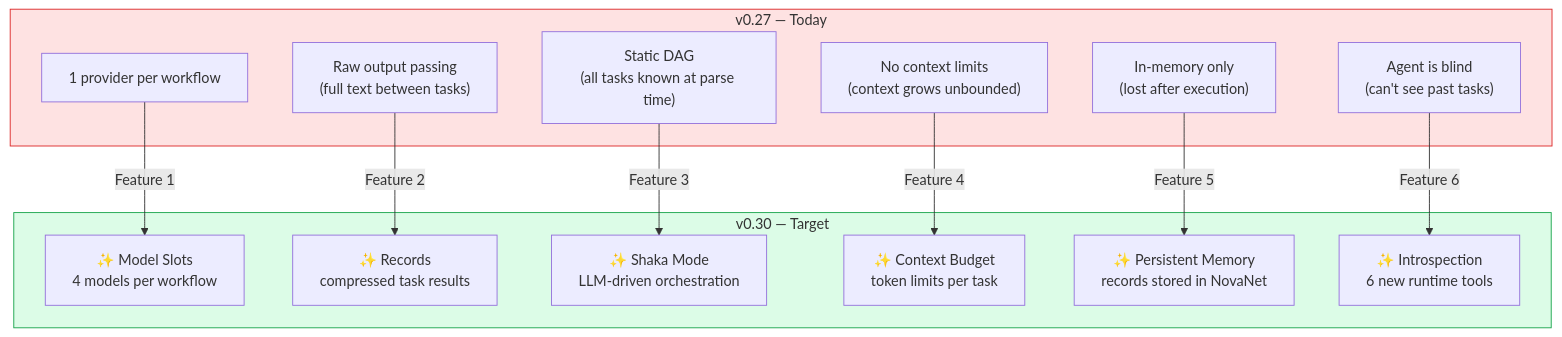
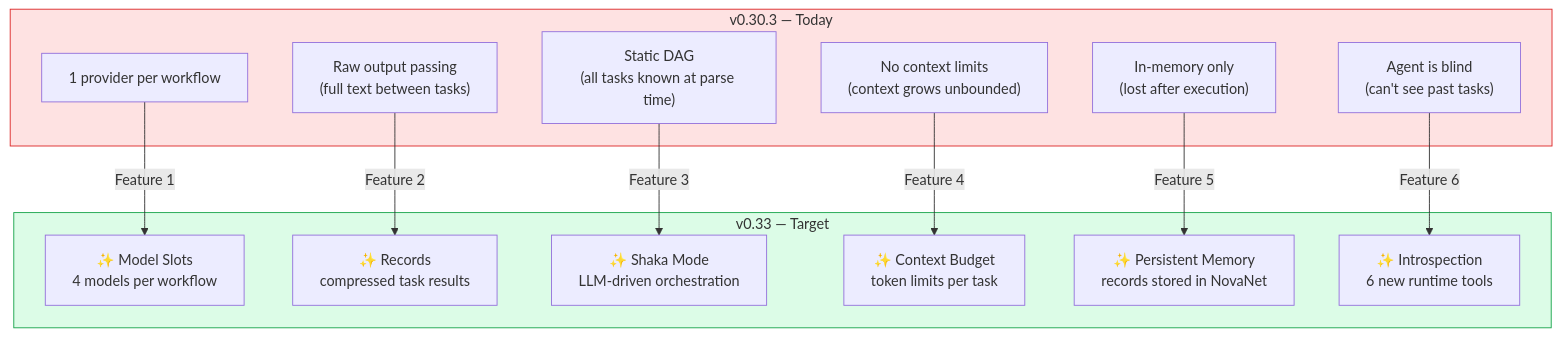
Before and after one commit to supernovae-st/nika: the fourth of 9 diagrams in tools/nika/docs/brainstorm/nika-evolution/08-nika-030-complete-guide.md, drawn with Mermaid. The commit also changed other lines of this file and 35 other files, not shown here.

````diff
--- a/tools/nika/docs/brainstorm/nika-evolution/08-nika-030-complete-guide.md
+++ b/tools/nika/docs/brainstorm/nika-evolution/08-nika-030-complete-guide.md
@@ -298,30 +304,30 @@
 ```mermaid
 flowchart TB
-    subgraph TODAY["v0.27 — Today"]
+    subgraph TODAY["v0.30.3 — Today"]
         T1["1 provider per workflow"]
         T2["Raw output passing\n(full text between tasks)"]
         T3["Static DAG\n(all tasks known at parse time)"]
         T4["No context limits\n(context grows unbounded)"]
         T5["In-memory only\n(lost after execution)"]
         T6["Agent is blind\n(can't see past tasks)"]
     end
 
-    subgraph TOMORROW["v0.30 — Target"]
+    subgraph TOMORROW["v0.33 — Target"]
         F1["✨ Model Slots\n4 models per workflow"]
         F2["✨ Records\ncompressed task results"]
         F3["✨ Shaka Mode\nLLM-driven orchestration"]
         F4["✨ Context Budget\ntoken limits per task"]
         F5["✨ Persistent Memory\nrecords stored in NovaNet"]
         F6["✨ Introspection\n6 new runtime tools"]
     end
 
     T1 -->|"Feature 1"| F1
     T2 -->|"Feature 2"| F2
     T3 -->|"Feature 3"| F3
     T4 -->|"Feature 4"| F4
     T5 -->|"Feature 5"| F5
     T6 -->|"Feature 6"| F6
 
     style TODAY fill:#fee2e2,stroke:#dc2626
     style TOMORROW fill:#dcfce7,stroke:#16a34a
 ```
````
